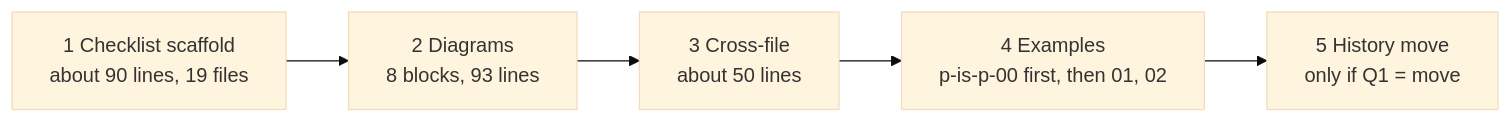
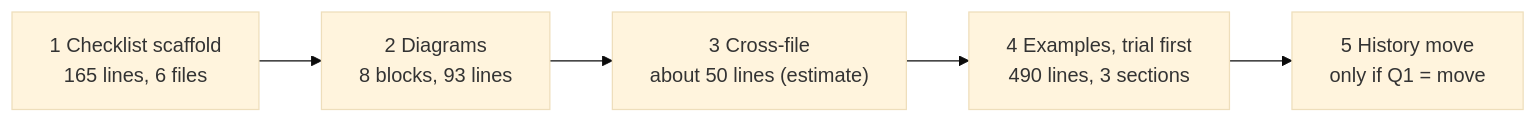
One commit to deepily/planning-is-prompting changed the diagram in src/rnd/2026.10.10-wider-pruning-assessment-and-plan.md. Above: the diagram before and after it, drawn with Mermaid (base theme). The commit also changed other lines of this file, not shown here.

````diff
--- a/src/rnd/2026.10.10-wider-pruning-assessment-and-plan.md
+++ b/src/rnd/2026.10.10-wider-pruning-assessment-and-plan.md
@@ -114,7 +148,7 @@
 ```mermaid
 flowchart LR
-    B1["1 Checklist scaffold<br/>about 90 lines, 19 files"] --> B2["2 Diagrams<br/>8 blocks, 93 lines"]
-    B2 --> B3["3 Cross-file<br/>about 50 lines"]
-    B3 --> B4["4 Examples<br/>p-is-p-00 first, then 01, 02"]
+    B1["1 Checklist scaffold<br/>165 lines, 6 files"] --> B2["2 Diagrams<br/>8 blocks, 93 lines"]
+    B2 --> B3["3 Cross-file<br/>about 50 lines (estimate)"]
+    B3 --> B4["4 Examples, trial first<br/>490 lines, 3 sections"]
     B4 --> B5["5 History move<br/>only if Q1 = move"]
 ```
````
